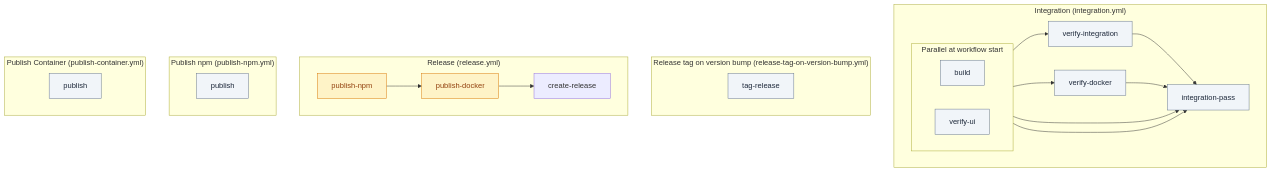
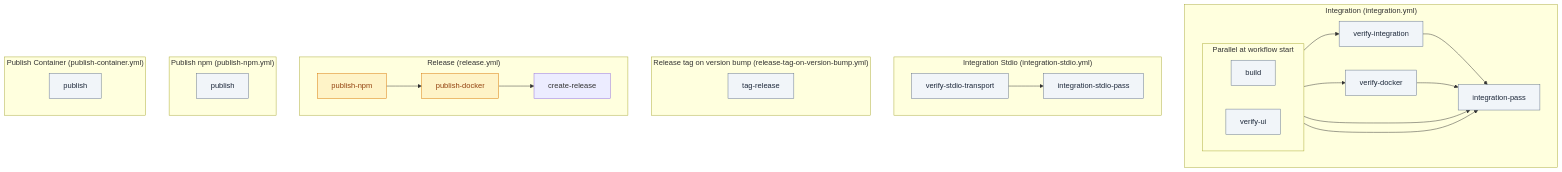
The second of 3 diagrams in .github/workflows/README.md (debian777/kairos-mcp), drawn with Mermaid before and after one commit. The commit also changed other lines of this file and 14 other files, not shown here.

````diff
--- a/.github/workflows/README.md
+++ b/.github/workflows/README.md
@@ -86,43 +86,49 @@
 ```mermaid
 flowchart TB
   subgraph INT_WF["Integration (integration.yml)"]
     subgraph parallel_with_build [Parallel at workflow start]
       direction LR
       J_BLD[build]
       J_UI[verify-ui]
     end
     J_INT[verify-integration]
     J_DKR[verify-docker]
     J_PASS[integration-pass]
     J_BLD --> J_INT
     J_BLD --> J_DKR
     J_BLD --> J_PASS
     J_UI --> J_PASS
     J_INT --> J_PASS
     J_DKR --> J_PASS
+  end
+
+  subgraph INTSTD_WF["Integration Stdio (integration-stdio.yml)"]
+    J_STD[verify-stdio-transport]
+    J_STDP[integration-stdio-pass]
+    J_STD --> J_STDP
   end
 
   subgraph RTAG_WF["Release tag on version bump (release-tag-on-version-bump.yml)"]
     J_TAG[tag-release]
   end
 
   subgraph REL_WF["Release (release.yml)"]
     J_NPM[publish-npm]
     J_DOCKER[publish-docker]
     J_REL[create-release]
     J_NPM --> J_DOCKER --> J_REL
   end
 
   subgraph PNPM_WF["Publish npm (publish-npm.yml)"]
     J_PNPM[publish]
   end
 
   subgraph PCONT_WF["Publish Container (publish-container.yml)"]
     J_PCONT[publish]
   end
 
   classDef jobDefault fill:#f1f5f9,stroke:#64748b,color:#1e293b
   classDef jobNeeds fill:#fef3c7,stroke:#d97706,color:#92400e
-  class J_BLD,J_UI,J_INT,J_DKR,J_PASS,J_TAG,J_PNPM,J_PCONT jobDefault
+  class J_BLD,J_UI,J_INT,J_DKR,J_PASS,J_STD,J_STDP,J_TAG,J_PNPM,J_PCONT jobDefault
   class J_NPM,J_DOCKER jobNeeds
 ```
````
